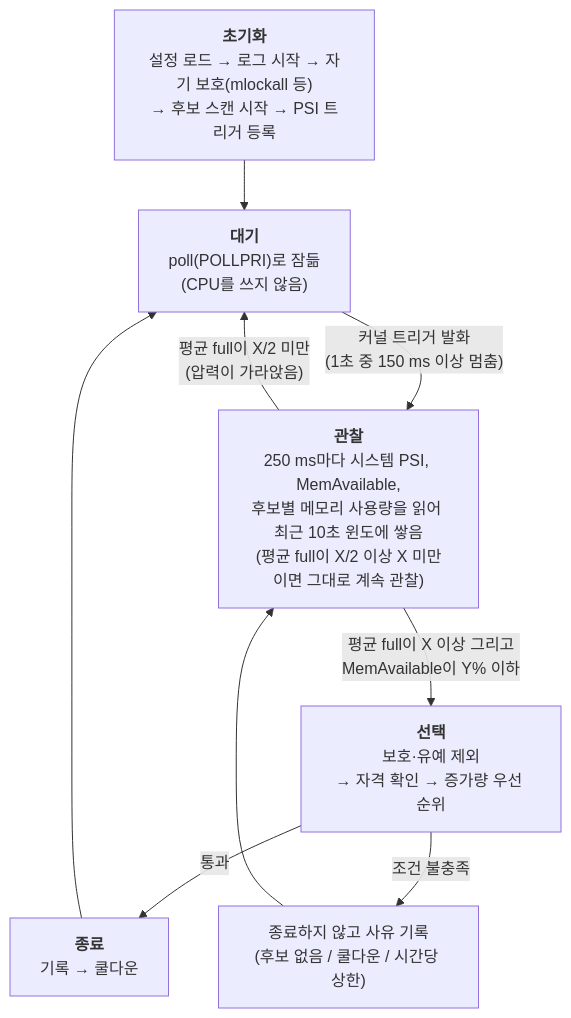
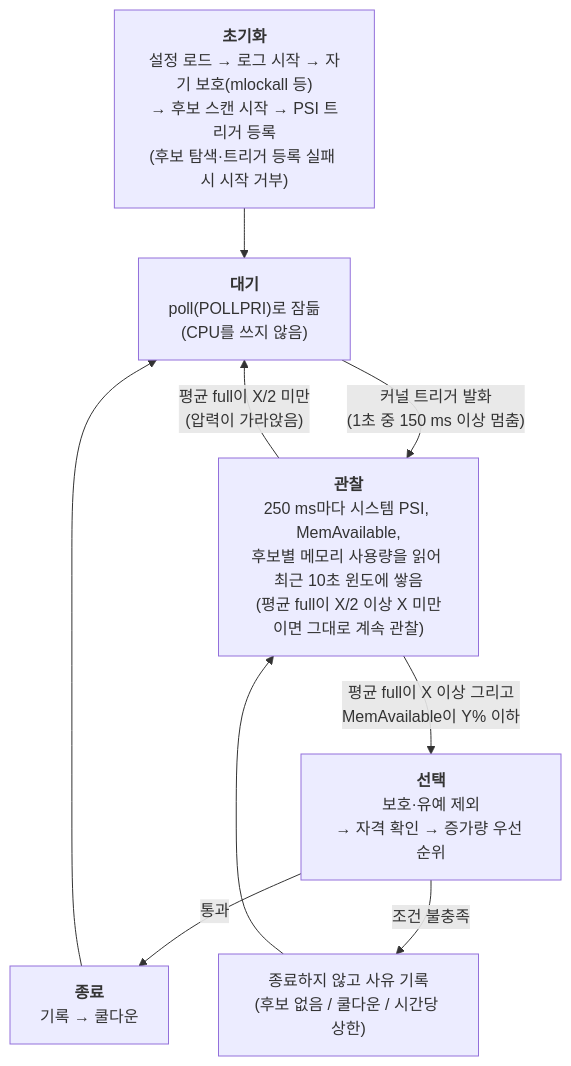
The diagram in docs/design/overview.md (zie-ning/thrash-guard), drawn with Mermaid before and after one commit. The commit also changed other lines of this file and 20 other files, not shown here.

````diff
--- a/docs/design/overview.md
+++ b/docs/design/overview.md
@@ -11,18 +11,18 @@
 ```mermaid
 flowchart TD
-    A["<b>초기화</b><br/>설정 로드 → 로그 시작 → 자기 보호(mlockall 등)<br/>→ 후보 스캔 시작 → PSI 트리거 등록"]
+    A["<b>초기화</b><br/>설정 로드 → 로그 시작 → 자기 보호(mlockall 등)<br/>→ 후보 스캔 시작 → PSI 트리거 등록<br/>(후보 탐색·트리거 등록 실패 시 시작 거부)"]
     B["<b>대기</b><br/>poll(POLLPRI)로 잠듦<br/>(CPU를 쓰지 않음)"]
     C["<b>관찰</b><br/>250 ms마다 시스템 PSI, MemAvailable,<br/>후보별 메모리 사용량을 읽어 최근 10초 윈도에 쌓음<br/>(평균 full이 X/2 이상 X 미만이면 그대로 계속 관찰)"]
     D["<b>선택</b><br/>보호·유예 제외<br/>→ 자격 확인 → 증가량 우선 순위"]
     E["<b>종료</b><br/>기록 → 쿨다운"]
     F["종료하지 않고 사유 기록<br/>(후보 없음 / 쿨다운 / 시간당 상한)"]
 
     A --> B
     B -->|"커널 트리거 발화<br/>(1초 중 150 ms 이상 멈춤)"| C
     C -->|"평균 full이 X/2 미만<br/>(압력이 가라앉음)"| B
     C -->|"평균 full이 X 이상 그리고<br/>MemAvailable이 Y% 이하"| D
     D -->|"통과"| E
     D -->|"조건 불충족"| F
     E --> B
     F --> C
 ```
````
